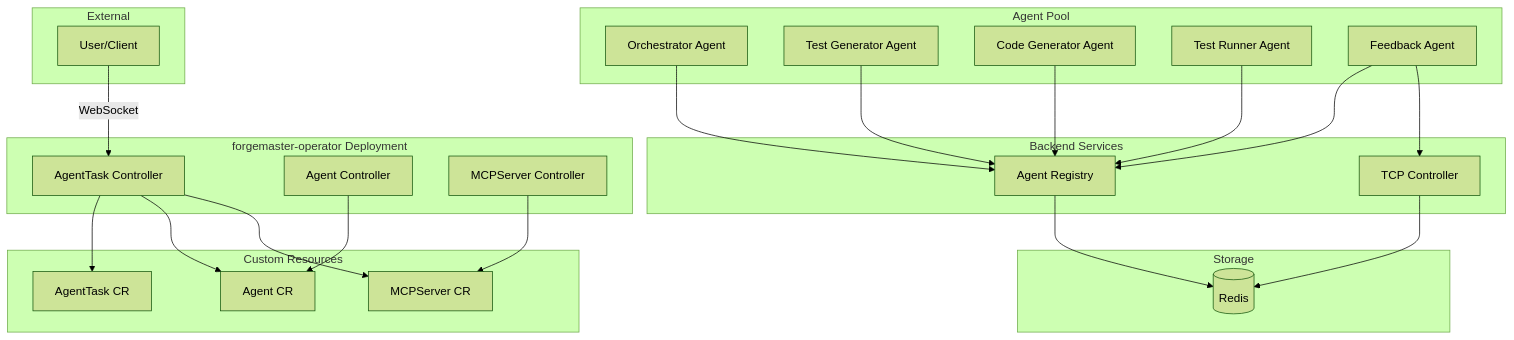
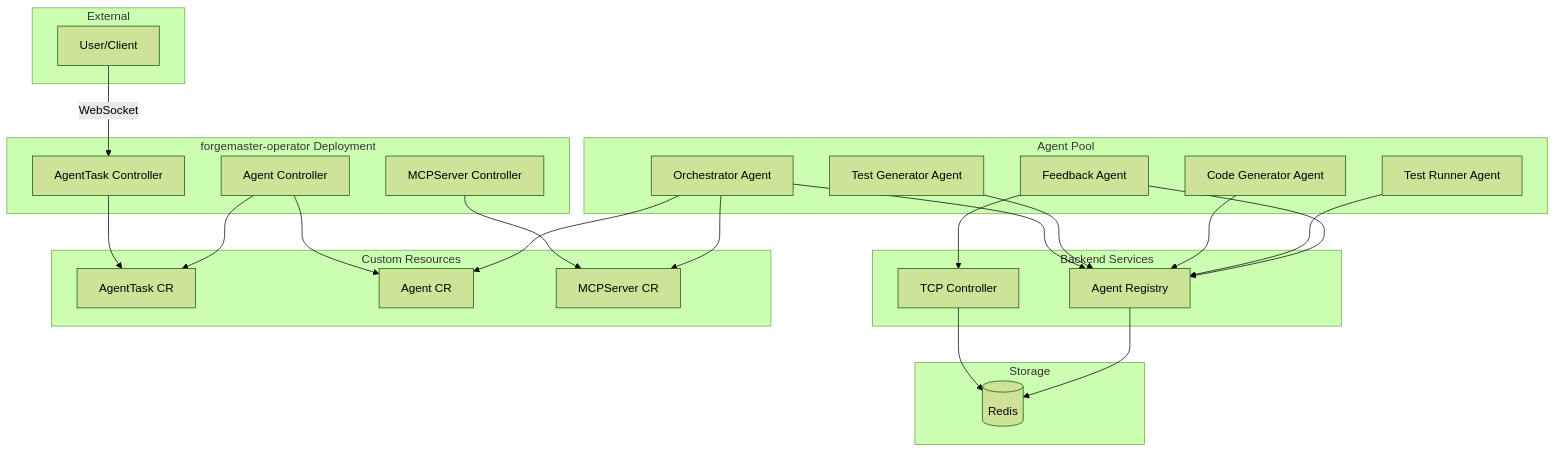
Before and after one commit to dshcherbatiuk/forgemaster: the first of 2 diagrams in docs/arch/02-components.md, drawn with Mermaid (forest theme). The commit also changed other lines of this file and 2 other files, not shown here.

````diff
--- a/docs/arch/02-components.md
+++ b/docs/arch/02-components.md
@@ -51,47 +51,48 @@
 ```mermaid
 flowchart TB
     subgraph External["External"]
         USER[User/Client]
     end
 
     subgraph Operator["forgemaster-operator Deployment"]
         ATC[AgentTask Controller]
         AC[Agent Controller]
         MC[MCPServer Controller]
     end
 
     subgraph Services["Backend Services"]
         TCP[TCP Controller]
         REG[Agent Registry]
     end
 
     subgraph Agents["Agent Pool"]
         OA[Orchestrator Agent]
         TGA[Test Generator Agent]
         CGA[Code Generator Agent]
         TRA[Test Runner Agent]
         FBA[Feedback Agent]
     end
 
     subgraph Storage["Storage"]
         REDIS[(Redis)]
     end
 
     subgraph CRDs["Custom Resources"]
         AT[AgentTask CR]
         AGT[Agent CR]
         MCP[MCPServer CR]
     end
 
     USER -->|WebSocket| ATC
     ATC --> AT
-    ATC --> AGT
-    ATC --> MCP
+    AC --> AT
     AC --> AGT
     MC --> MCP
+    OA --> AGT
+    OA --> MCP
 
     TCP --> REDIS
     REG --> REDIS
     OA & TGA & CGA & TRA & FBA --> REG
     FBA --> TCP
 ```
````
